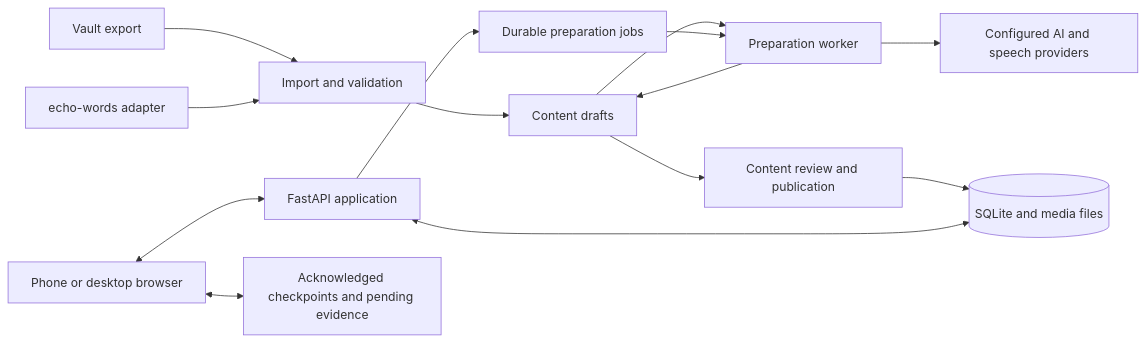
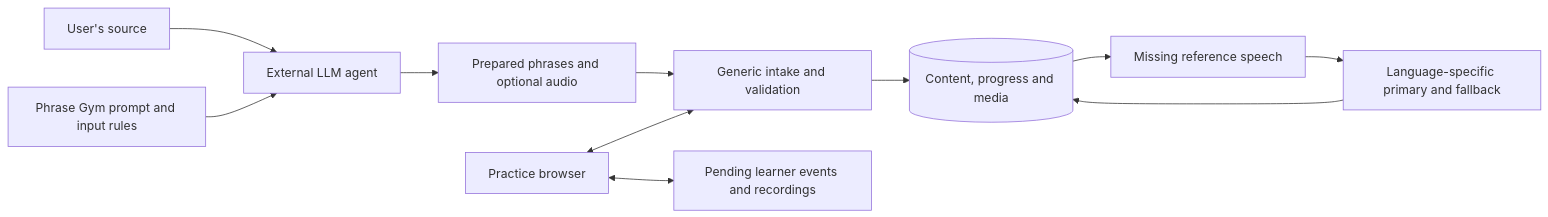
Before and after one commit to andgineer/phrase-gym: the diagram in specs/architecture.md, drawn with Mermaid. The commit also changed other lines of this file and 14 other files, not shown here.

Commit message:
Define external-agent preparation and simplify P5 scope

````diff
--- a/specs/architecture.md
+++ b/specs/architecture.md
@@ -21,16 +21,13 @@
 ```mermaid
 flowchart LR
-    V[Vault export] --> I[Import and validation]
-    E[echo-words adapter] --> I
-    I --> C[Content drafts]
-    C --> W[Preparation worker]
-    W --> A[Configured AI and speech providers]
-    W --> C
-    C --> Q[Content review and publication]
-    Q --> D[(SQLite and media files)]
-    P[Phone or desktop browser] <--> API[FastAPI application]
-    API <--> D
-    API --> J[Durable preparation jobs]
-    J --> W
-    P <--> L[Acknowledged checkpoints and pending evidence]
+    S[User's source] --> E[External LLM agent]
+    G[Phrase Gym prompt and input rules] --> E
+    E --> I[Prepared phrases and optional audio]
+    I --> API[Generic intake and validation]
+    API --> D[(Content, progress and media)]
+    D --> T[Missing reference speech]
+    T --> V[Language-specific primary and fallback]
+    V --> D
+    P[Practice browser] <--> API
+    P <--> J[Pending learner events and recordings]
 ```
````
